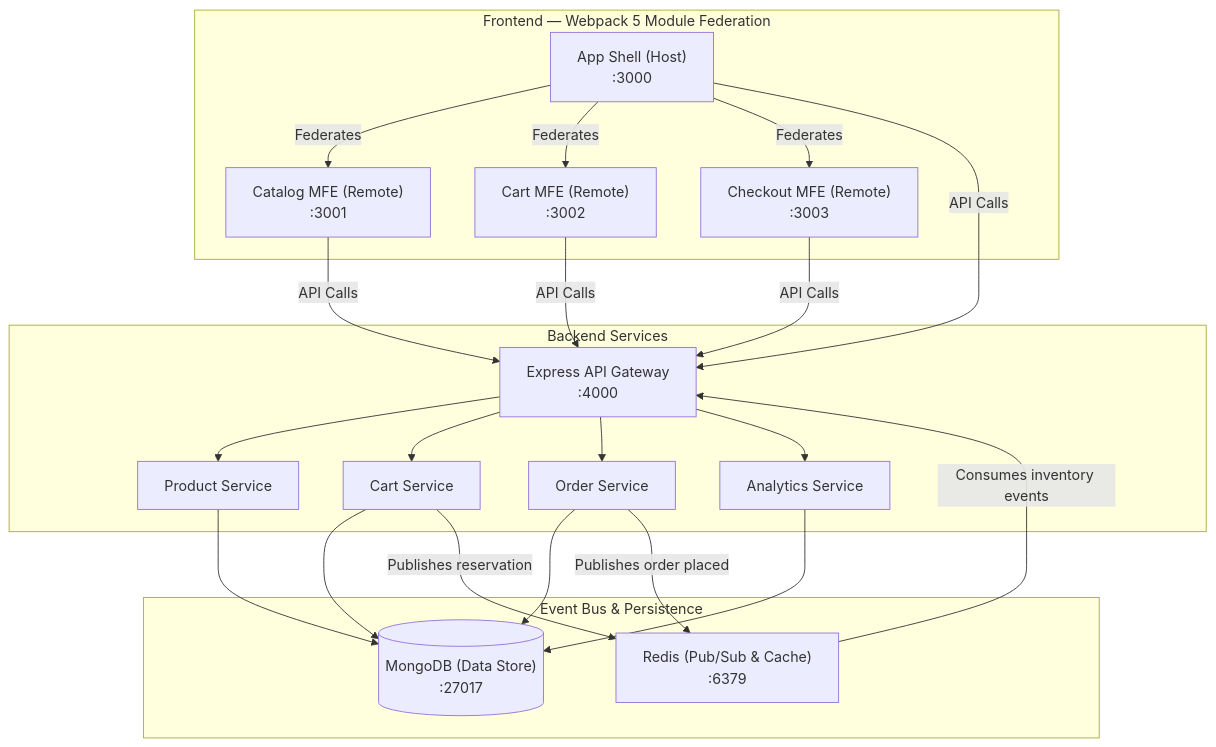
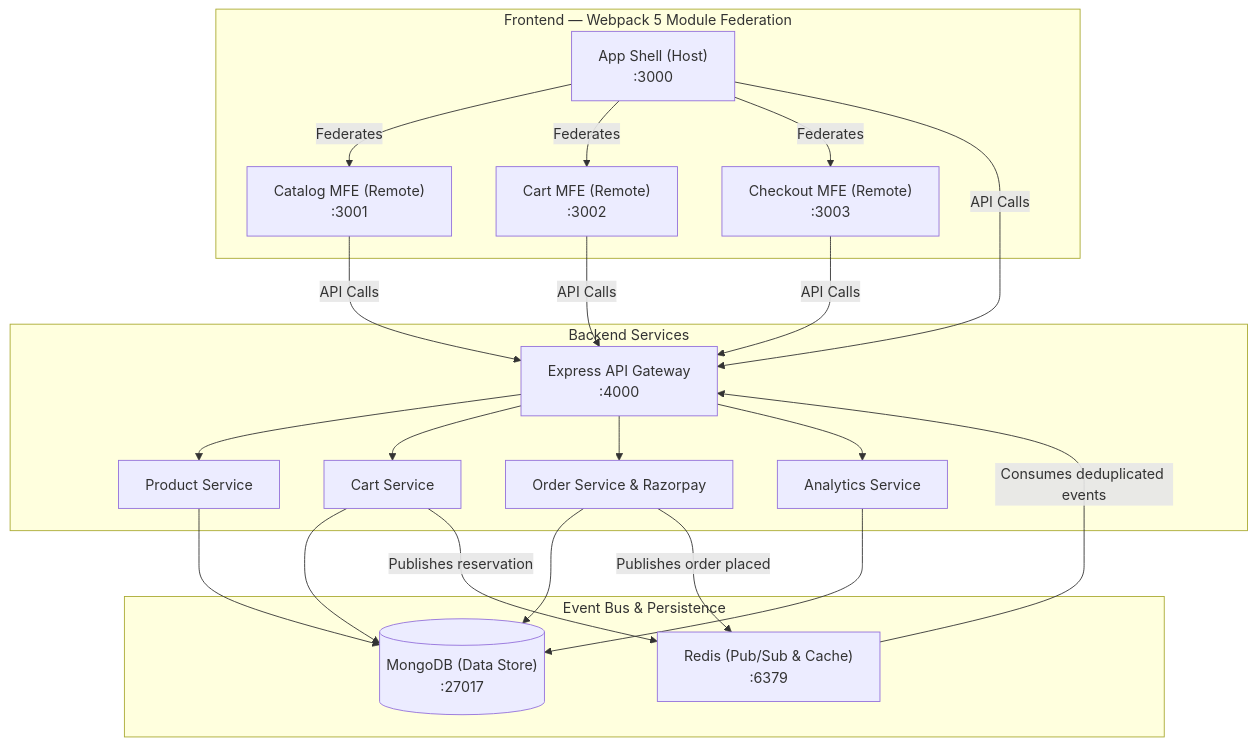
One commit to DeveloperHarshal92/Econic changed the diagram in README.md. Above: the diagram before and after it, drawn with Mermaid. The commit also changed other lines of this file and 84 other files, not shown here.

````diff
--- a/README.md
+++ b/README.md
@@ -9,45 +9,45 @@
 ```mermaid
 graph TB
     subgraph "Frontend — Webpack 5 Module Federation"
         Shell["App Shell (Host)<br/>:3000"]
         Catalog["Catalog MFE (Remote)<br/>:3001"]
         Cart["Cart MFE (Remote)<br/>:3002"]
         Checkout["Checkout MFE (Remote)<br/>:3003"]
     end
 
     subgraph "Backend Services"
         Gateway["Express API Gateway<br/>:4000"]
         ProductService["Product Service"]
         CartService["Cart Service"]
-        OrderService["Order Service"]
+        OrderService["Order Service & Razorpay"]
         AnalyticsService["Analytics Service"]
     end
 
     subgraph "Event Bus & Persistence"
         Redis["Redis (Pub/Sub & Cache)<br/>:6379"]
         MongoDB[("MongoDB (Data Store)<br/>:27017")]
     end
 
     Shell -->|Federates| Catalog
     Shell -->|Federates| Cart
     Shell -->|Federates| Checkout
 
     Shell -->|API Calls| Gateway
     Catalog -->|API Calls| Gateway
     Cart -->|API Calls| Gateway
     Checkout -->|API Calls| Gateway
 
     Gateway --> ProductService
     Gateway --> CartService
     Gateway --> OrderService
     Gateway --> AnalyticsService
 
     ProductService --> MongoDB
     CartService --> MongoDB
     OrderService --> MongoDB
     AnalyticsService --> MongoDB
 
     CartService -->|Publishes reservation| Redis
     OrderService -->|Publishes order placed| Redis
-    Redis -->|Consumes inventory events| Gateway
+    Redis -->|Consumes deduplicated events| Gateway
 ```
````
